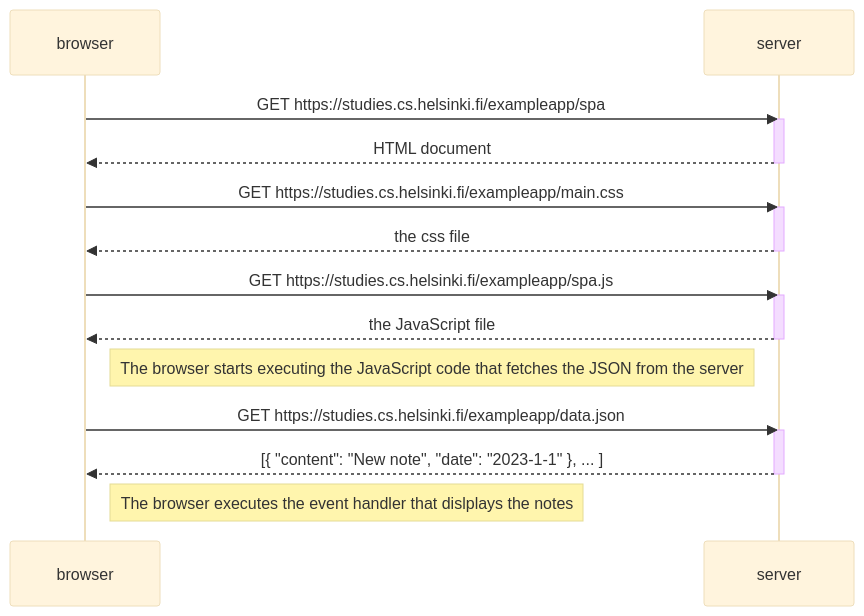
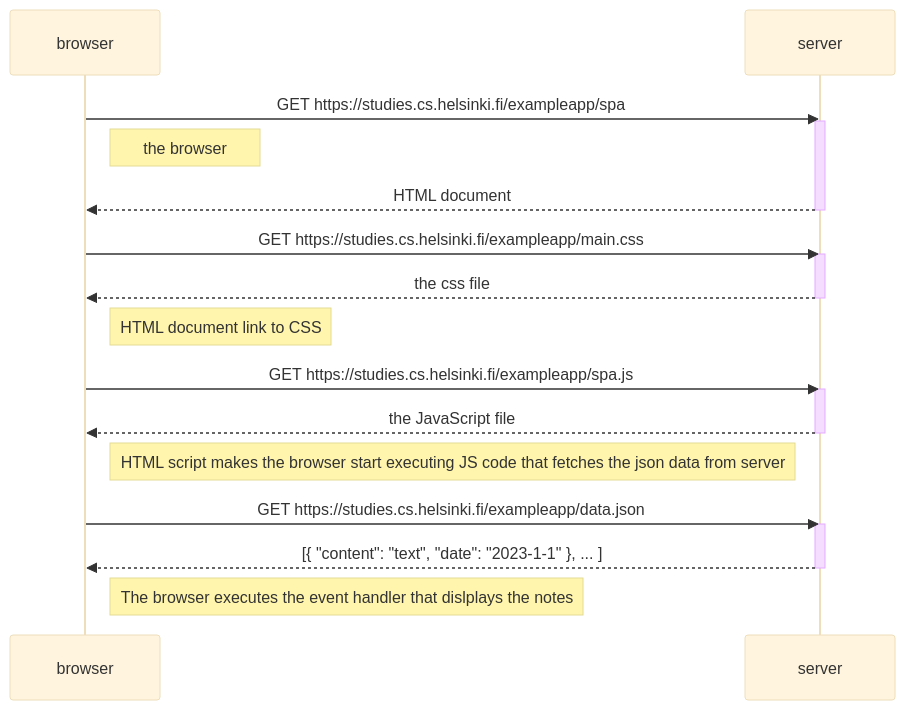
Before and after one commit to toadof/fso: the diagram in part 0/spa.md, drawn with Mermaid (base theme).

````diff
--- a/part 0/spa.md
+++ b/part 0/spa.md
@@ -1,29 +1,31 @@
 ```mermaid
 sequenceDiagram
     participant browser
     participant server
-
+    
     browser->>server: GET https://studies.cs.helsinki.fi/exampleapp/spa
     activate server
+    Note right of browser: the browser 
     server-->>browser: HTML document
     deactivate server
-
+    
     browser->>server: GET https://studies.cs.helsinki.fi/exampleapp/main.css
     activate server
     server-->>browser: the css file
     deactivate server
+Note right of browser: HTML document link to CSS
 
     browser->>server: GET https://studies.cs.helsinki.fi/exampleapp/spa.js
     activate server
     server-->>browser: the JavaScript file
     deactivate server
 
-    Note right of browser: The browser starts executing the JavaScript code that fetches the JSON from the server
+    Note right of browser: HTML script makes the browser start executing JS code that fetches the json data from server
 
     browser->>server: GET https://studies.cs.helsinki.fi/exampleapp/data.json
     activate server
-    server-->>browser: [{ "content": "New note", "date": "2023-1-1" }, ... ]
+    server-->>browser: [{ "content": "text", "date": "2023-1-1" }, ... ]
     deactivate server
 
     Note right of browser: The browser executes the event handler that dislplays the notes
 ```
````
